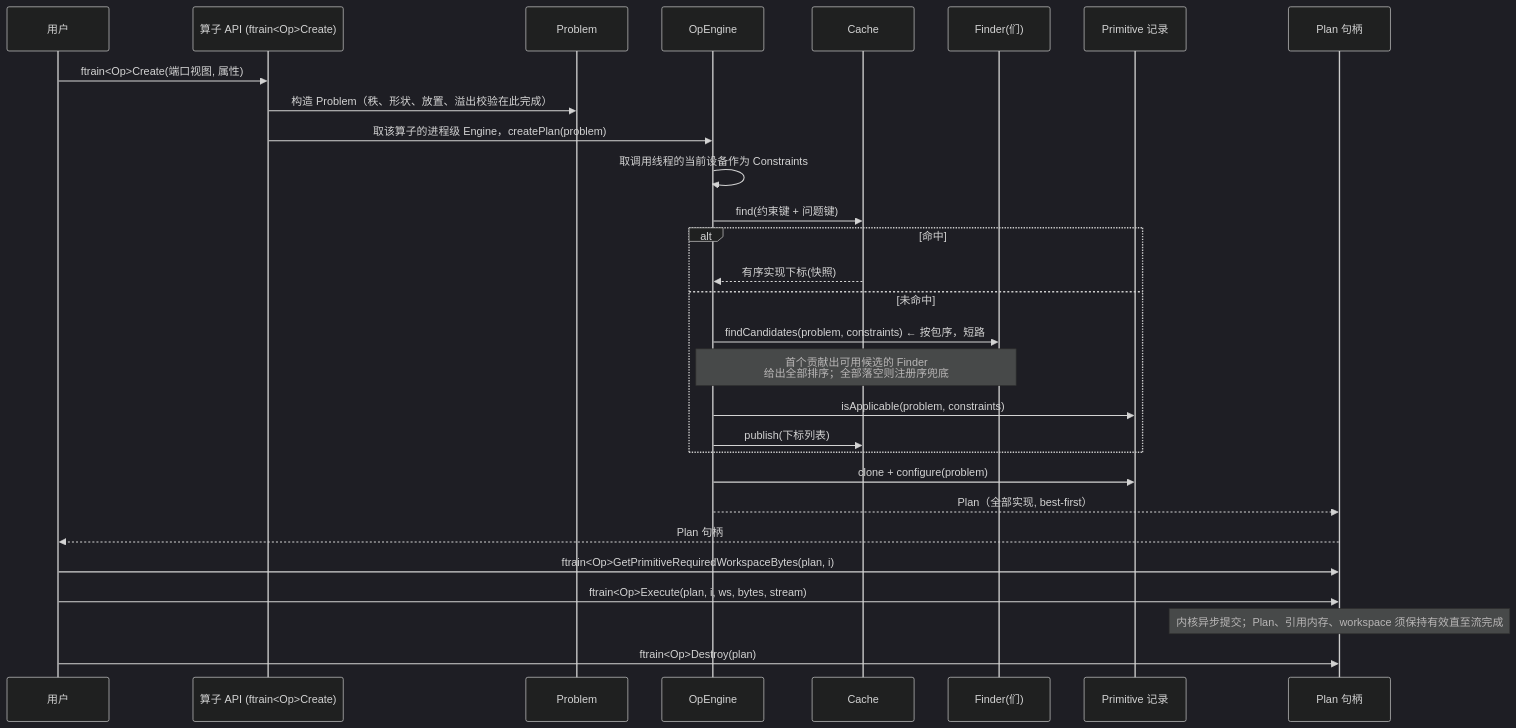
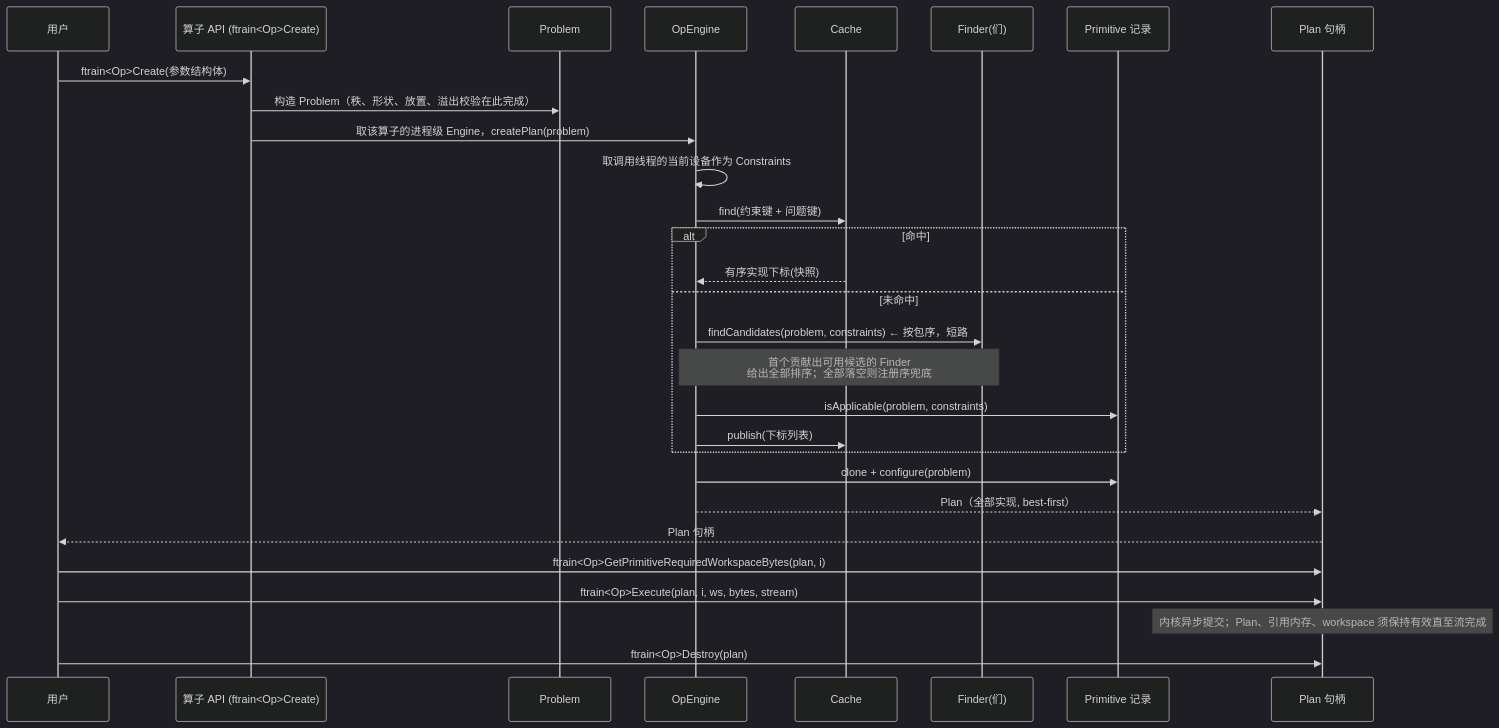
One commit to HYGON-AI/flash-train changed the second of 2 diagrams in docs/architecture.md. Above: the diagram before and after it, drawn with Mermaid (dark theme). The commit also changed 14 other files, not shown here.

````diff
--- a/docs/architecture.md
+++ b/docs/architecture.md
@@ -60,32 +60,32 @@
 ```mermaid
 sequenceDiagram
     participant U as 用户
     participant A as 算子 API (ftrain<Op>Create)
     participant P as Problem
     participant E as OpEngine
     participant C as Cache
     participant F as Finder(们)
     participant R as Primitive 记录
     participant H as Plan 句柄
 
-    U->>A: ftrain<Op>Create(端口视图, 属性)
+    U->>A: ftrain<Op>Create(参数结构体)
     A->>P: 构造 Problem（秩、形状、放置、溢出校验在此完成）
     A->>E: 取该算子的进程级 Engine，createPlan(problem)
     E->>E: 取调用线程的当前设备作为 Constraints
     E->>C: find(约束键 + 问题键)
     alt 命中
         C-->>E: 有序实现下标(快照)
     else 未命中
         E->>F: findCandidates(problem, constraints) ← 按包序，短路
         Note over E,F: 首个贡献出可用候选的 Finder<br/>给出全部排序；全部落空则注册序兜底
         E->>R: isApplicable(problem, constraints)
         E->>C: publish(下标列表)
     end
     E->>R: clone + configure(problem)
     E-->>H: Plan（全部实现, best-first）
     H-->>U: Plan 句柄
     U->>H: ftrain<Op>GetPrimitiveRequiredWorkspaceBytes(plan, i)
     U->>H: ftrain<Op>Execute(plan, i, ws, bytes, stream)
     Note over H: 内核异步提交；Plan、引用内存、workspace 须保持有效直至流完成
     U->>H: ftrain<Op>Destroy(plan)
 ```
````
